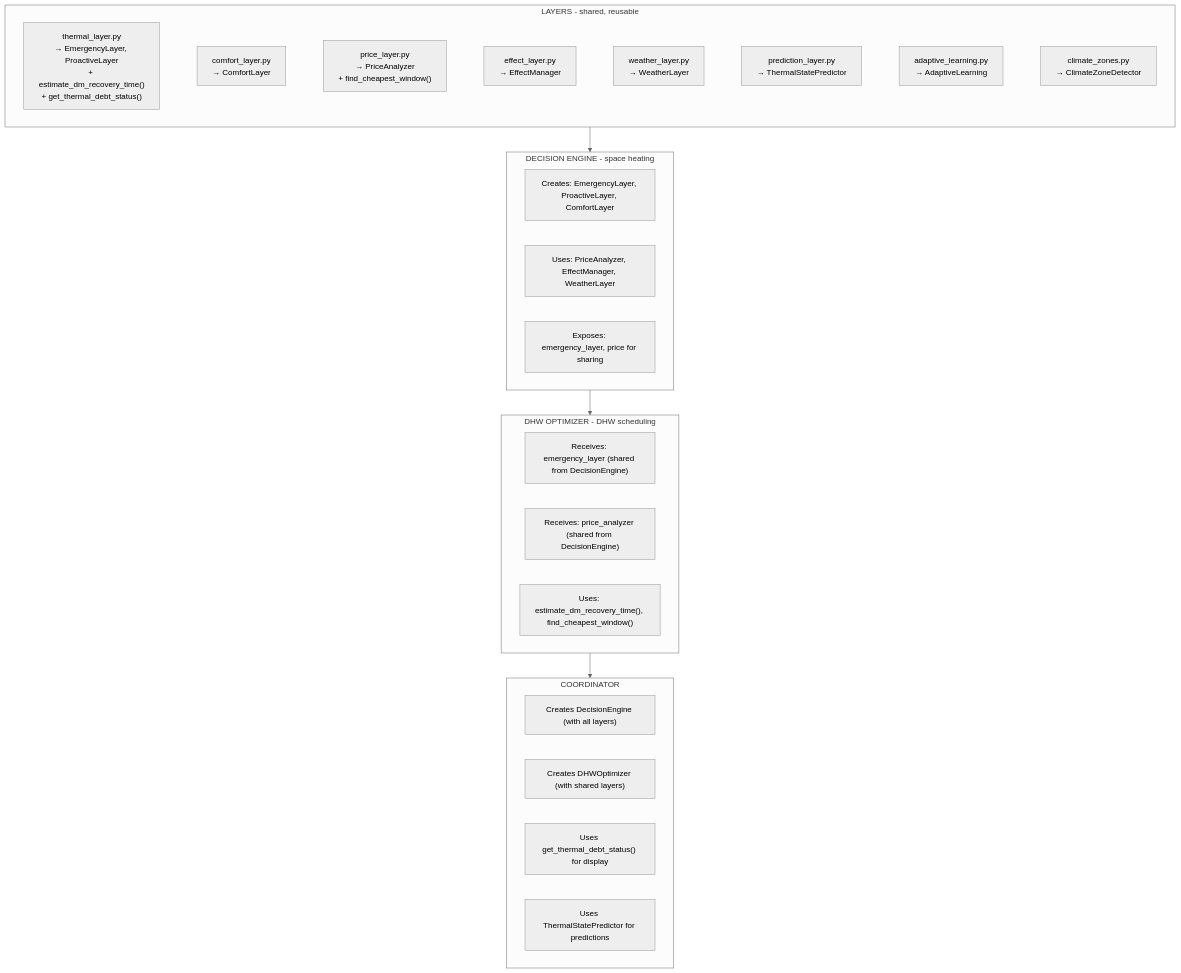
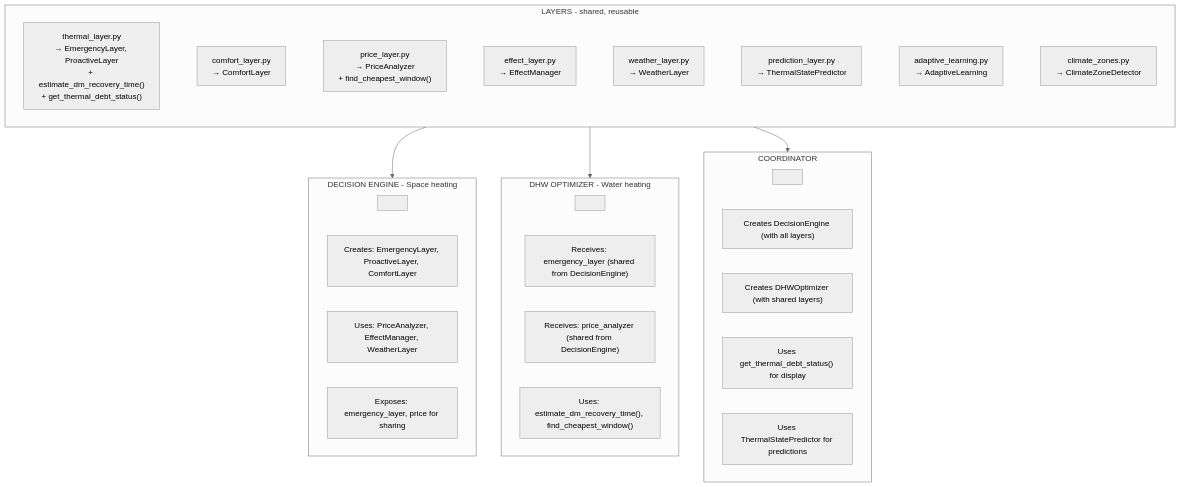
Before and after one commit to enoch85/EffektGuard: the diagram in docs/architecture/00_overview.md, drawn with Mermaid (neutral theme).

````diff
--- a/docs/architecture/00_overview.md
+++ b/docs/architecture/00_overview.md
@@ -55,41 +55,42 @@
 ```mermaid
 flowchart TB
     subgraph Layers["LAYERS - shared, reusable"]
         direction LR
         TL["thermal_layer.py<br/>→ EmergencyLayer, ProactiveLayer<br/>+ estimate_dm_recovery_time#40;#41;<br/>+ get_thermal_debt_status#40;#41;"]
         CL["comfort_layer.py<br/>→ ComfortLayer"]
         PrL["price_layer.py<br/>→ PriceAnalyzer<br/>+ find_cheapest_window#40;#41;"]
         EfL["effect_layer.py<br/>→ EffectManager"]
         WL["weather_layer.py<br/>→ WeatherLayer"]
         PredL["prediction_layer.py<br/>→ ThermalStatePredictor"]
         AL["adaptive_learning.py<br/>→ AdaptiveLearning"]
         CZ["climate_zones.py<br/>→ ClimateZoneDetector"]
         
         TL ~~~ CL ~~~ PrL ~~~ EfL ~~~ WL ~~~ PredL ~~~ AL ~~~ CZ
     end
 
     Layers --> DE
+    Layers --> DHW
+    Layers --> COORD
 
-    subgraph DE["DECISION ENGINE - space heating"]
+    subgraph DE["DECISION ENGINE - Space heating"]
+        DE0[" "]
         DE1["Creates: EmergencyLayer, ProactiveLayer, ComfortLayer"]
         DE2["Uses: PriceAnalyzer, EffectManager, WeatherLayer"]
         DE3["Exposes: emergency_layer, price for sharing"]
     end
 
-    DE --> DHW
-
-    subgraph DHW["DHW OPTIMIZER - DHW scheduling"]
+    subgraph DHW["DHW OPTIMIZER - Water heating"]
+        DHW0[" "]
         DHW1["Receives: emergency_layer #40;shared from DecisionEngine#41;"]
         DHW2["Receives: price_analyzer #40;shared from DecisionEngine#41;"]
         DHW3["Uses: estimate_dm_recovery_time#40;#41;, find_cheapest_window#40;#41;"]
     end
 
-    DHW --> COORD
-
     subgraph COORD["COORDINATOR"]
+        COORD0[" "]
         COORD1["Creates DecisionEngine #40;with all layers#41;"]
         COORD2["Creates DHWOptimizer #40;with shared layers#41;"]
         COORD3["Uses get_thermal_debt_status#40;#41; for display"]
         COORD4["Uses ThermalStatePredictor for predictions"]
     end
 ```
````
